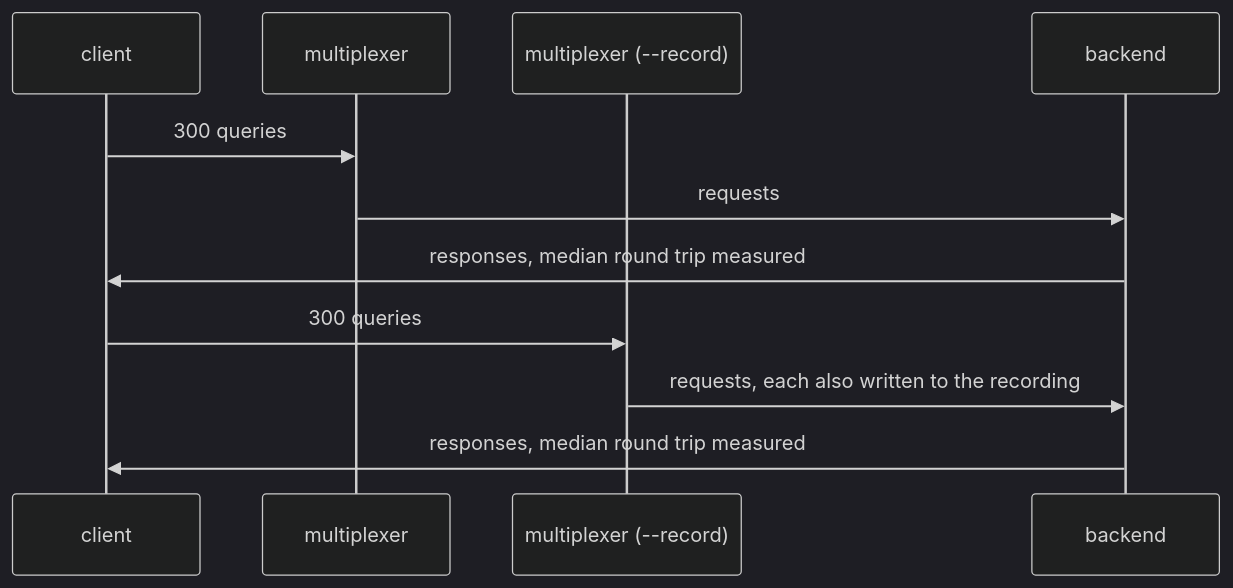
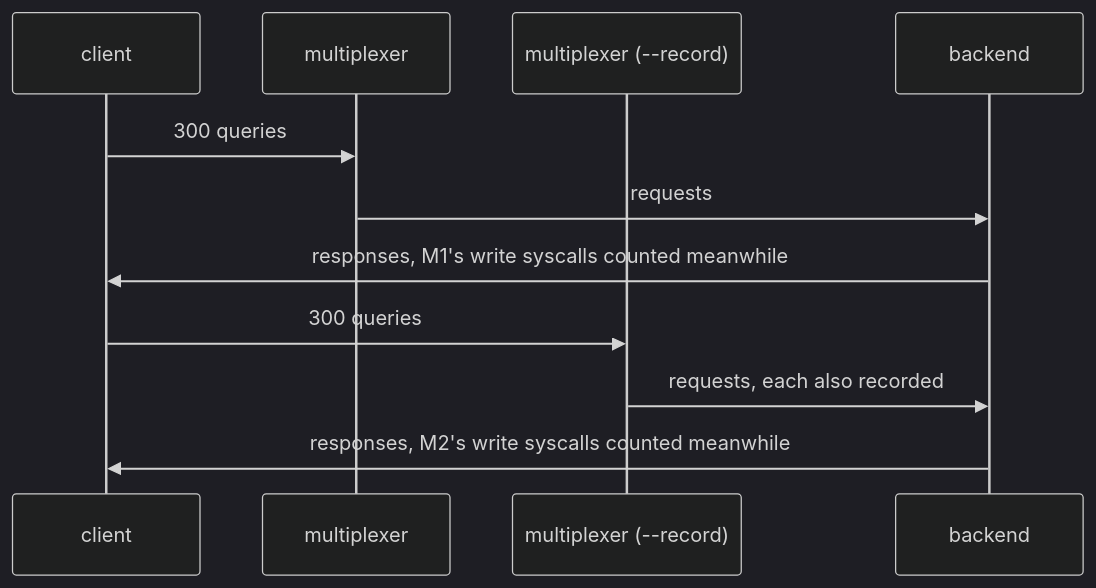
Before and after one commit to kulewski/multiplexer: the diagram in tests/scenarios/recording_latency/README.md, drawn with Mermaid (dark theme). The commit also changed other lines of this file and 68 other files, not shown here.

First line of the commit message:
The multiplexer: the recording API and mxcontrol's recording commands, log lines written with write(2), rules files that cannot be read said with the reason, generate_constants, protocol types told to their sender

````diff
--- a/tests/scenarios/recording_latency/README.md
+++ b/tests/scenarios/recording_latency/README.md
@@ -11,13 +17,13 @@
 ```mermaid
 sequenceDiagram
     participant C as client
     participant M1 as multiplexer
     participant M2 as multiplexer (--record)
     participant B as backend
     C->>M1: 300 queries
     M1->>B: requests
-    B->>C: responses, median round trip measured
+    B->>C: responses, M1's write syscalls counted meanwhile
     C->>M2: 300 queries
-    M2->>B: requests, each also written to the recording
-    B->>C: responses, median round trip measured
+    M2->>B: requests, each also recorded
+    B->>C: responses, M2's write syscalls counted meanwhile
 ```
````
